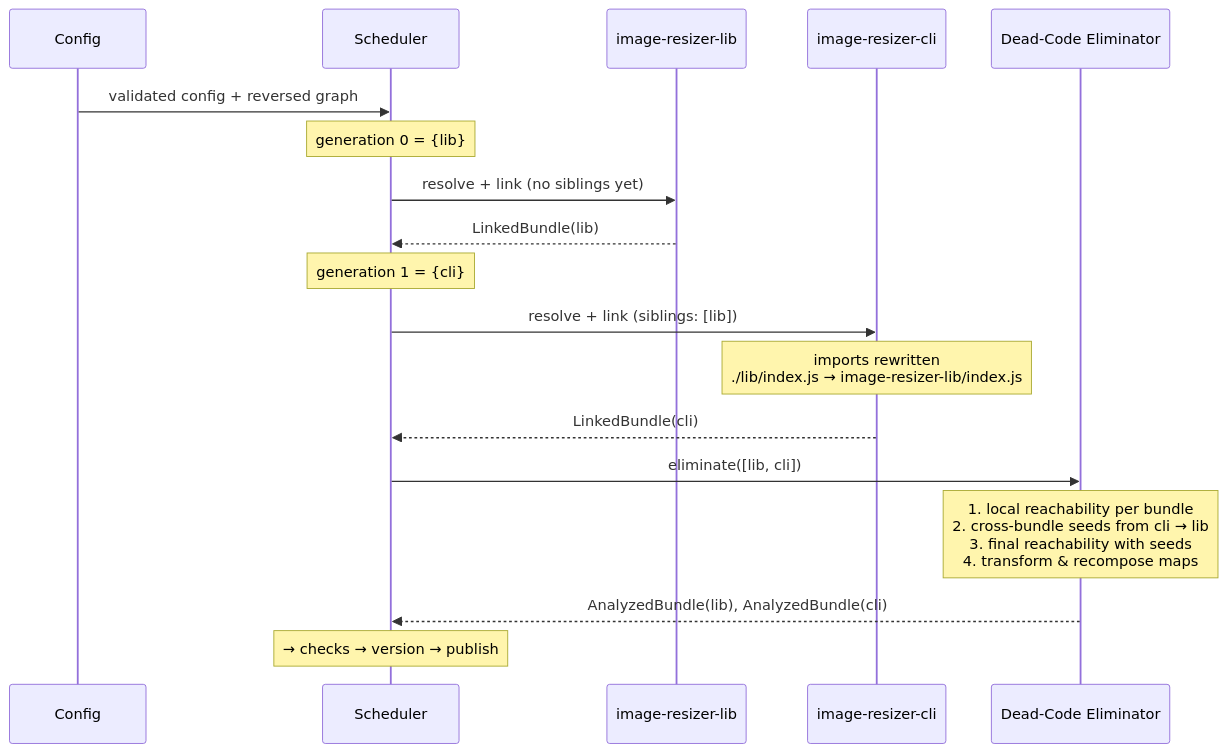
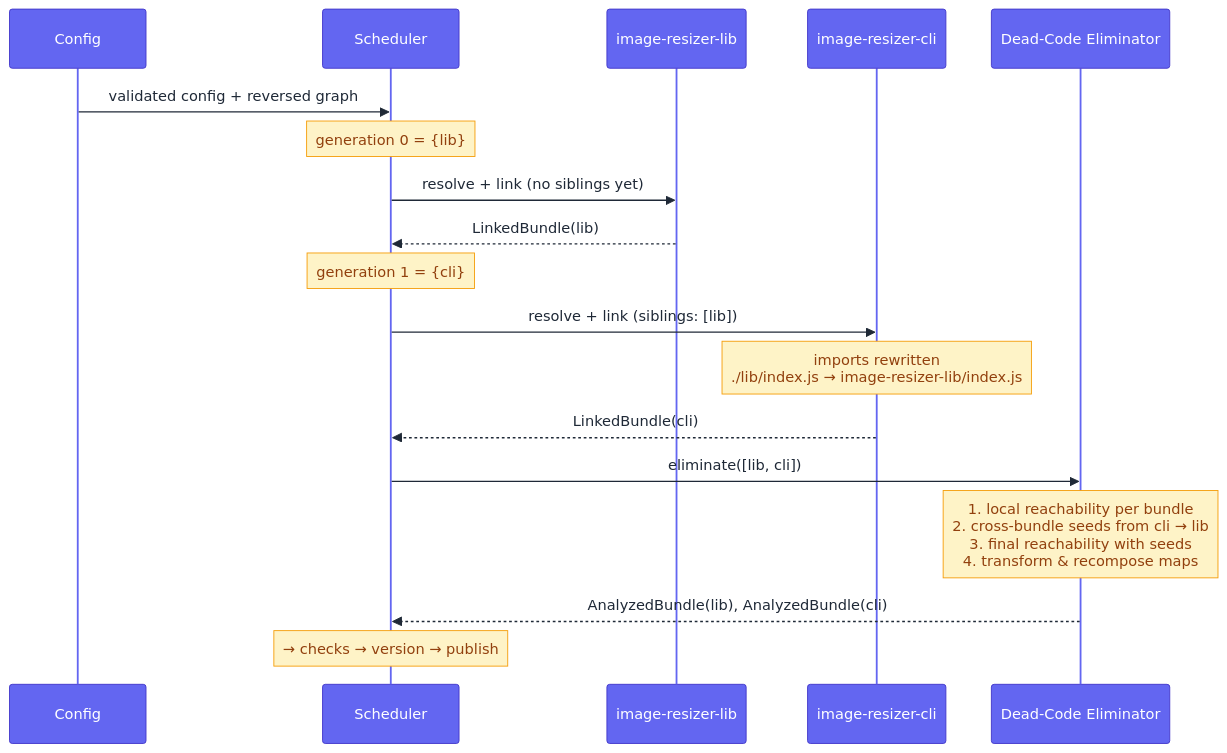
One commit to enormora/packtory changed the fourth of 4 diagrams in documentation/how-it-works.md. Above: the diagram before and after it, drawn with Mermaid. The commit also changed other lines of this file, not shown here.

First line of the commit message:
Style mermaid diagrams in how-it-works docs

````diff
--- a/documentation/how-it-works.md
+++ b/documentation/how-it-works.md
@@ -357,21 +405,40 @@
 ```mermaid
+%%{init: {'theme': 'base', 'themeVariables': {
+    'primaryColor': '#6366f1',
+    'primaryTextColor': '#fff',
+    'primaryBorderColor': '#4338ca',
+    'lineColor': '#6366f1',
+    'actorBkg': '#6366f1',
+    'actorBorder': '#4338ca',
+    'actorTextColor': '#fff',
+    'actorLineColor': '#6366f1',
+    'signalColor': '#1f2937',
+    'signalTextColor': '#1f2937',
+    'noteBkgColor': '#fef3c7',
+    'noteTextColor': '#92400e',
+    'noteBorderColor': '#f59e0b',
+    'sequenceNumberColor': '#fff',
+    'labelBoxBkgColor': '#ec4899',
+    'labelBoxBorderColor': '#be185d',
+    'labelTextColor': '#fff'
+}}}%%
 sequenceDiagram
     participant CFG as Config
     participant SCH as Scheduler
     participant LIB as image-resizer-lib
     participant CLI as image-resizer-cli
     participant ELIM as Dead-Code Eliminator
 
     CFG->>SCH: validated config + reversed graph
     Note over SCH: generation 0 = {lib}
     SCH->>LIB: resolve + link (no siblings yet)
     LIB-->>SCH: LinkedBundle(lib)
     Note over SCH: generation 1 = {cli}
     SCH->>CLI: resolve + link (siblings: [lib])
     Note over CLI: imports rewritten<br/>./lib/index.js → image-resizer-lib/index.js
     CLI-->>SCH: LinkedBundle(cli)
     SCH->>ELIM: eliminate([lib, cli])
     Note over ELIM: 1. local reachability per bundle<br/>2. cross-bundle seeds from cli → lib<br/>3. final reachability with seeds<br/>4. transform & recompose maps
     ELIM-->>SCH: AnalyzedBundle(lib), AnalyzedBundle(cli)
     Note over SCH: → checks → version → publish
 ```
````
